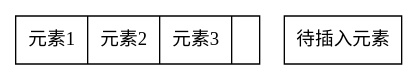
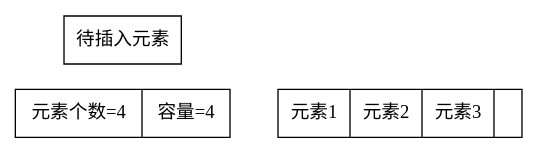
The fifth of 31 diagrams in src/第一章-线性结构.md (xavierwoo/data_structrues_notes), drawn with Graphviz before and after one commit. The commit also changed other lines of this file and 1 other file, not shown here.

````diff
--- a/src/第一章-线性结构.md
+++ b/src/第一章-线性结构.md
@@ -64,7 +158,11 @@
 ```dot
 digraph G{
+    rankdir=LR
     node [shape = record]
-    A [label = "元素1|元素2|元素3|"];
+    H[label="{元素个数=4 | 容量=4}"]
+    A [label = "{元素1|元素2|元素3|<b>  }"];
+
+    H -> A[weight=10 style=invis]
     B[label="待插入元素"]
 }
 ```
````
